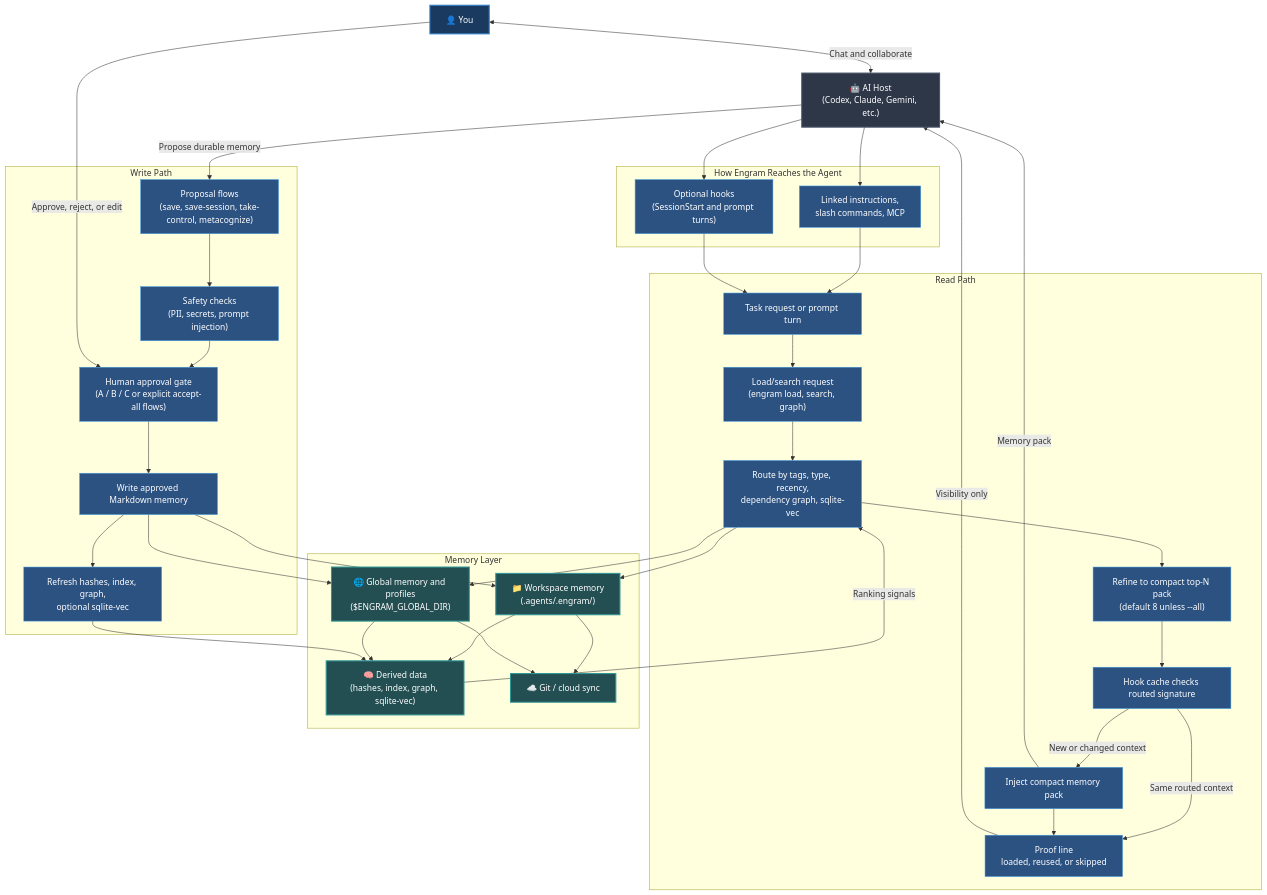
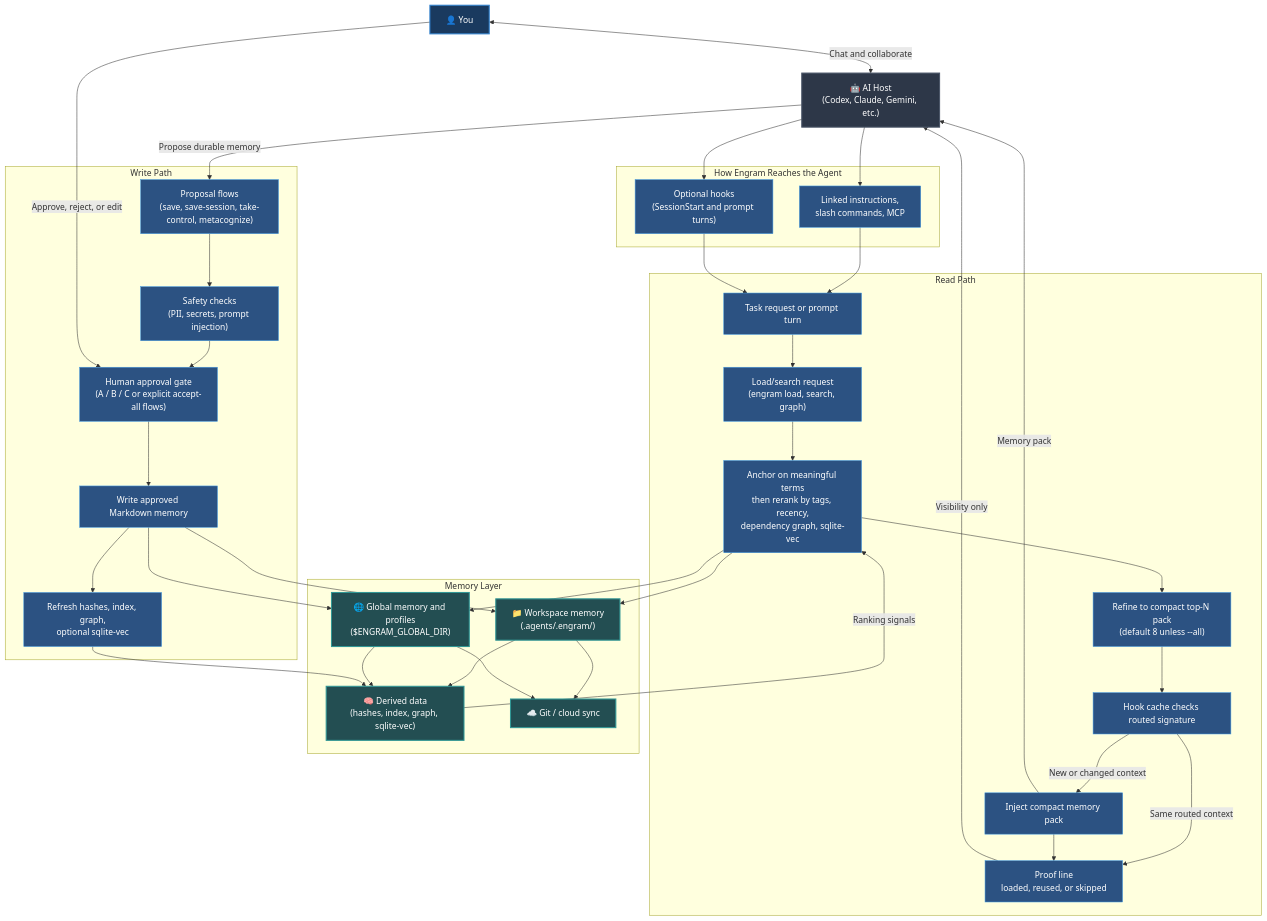
One commit to the-long-ride/engram changed the diagram in README.md. Above: the diagram before and after it, drawn with Mermaid. The commit also changed other lines of this file and 3 other files, not shown here.

````diff
--- a/README.md
+++ b/README.md
@@ -27,71 +27,71 @@
 ```mermaid
 graph TD
     classDef human fill:#1a3a5f,stroke:#3182ce,stroke-width:2px,color:#fff;
     classDef agent fill:#2d3748,stroke:#4a5568,stroke-width:2px,color:#fff;
     classDef storage fill:#234e52,stroke:#319795,stroke-width:2px,color:#fff;
     classDef action fill:#2c5282,stroke:#4299e1,stroke-width:1px,color:#fff;
 
     User["👤 You"]:::human
     AI["🤖 AI Host\n(Codex, Claude, Gemini, etc.)"]:::agent
 
     subgraph Entry ["How Engram Reaches the Agent"]
         Links["Linked instructions,\nslash commands, MCP"]:::action
         Hooks["Optional hooks\n(SessionStart and prompt turns)"]:::action
     end
 
     subgraph Read ["Read Path"]
         Trigger["Task request or prompt turn"]:::action
         Load["Load/search request\n(engram load, search, graph)"]:::action
-        Route["Route by tags, type, recency,\ndependency graph, sqlite-vec"]:::action
+        Route["Anchor on meaningful terms\nthen rerank by tags, recency,\ndependency graph, sqlite-vec"]:::action
         Refine["Refine to compact top-N pack\n(default 8 unless --all)"]:::action
         Cache["Hook cache checks routed signature"]:::action
         Inject["Inject compact memory pack"]:::action
         Proof["Proof line\nloaded, reused, or skipped"]:::action
     end
 
     subgraph Write ["Write Path"]
         Proposal["Proposal flows\n(save, save-session, take-control, metacognize)"]:::action
         Scan["Safety checks\n(PII, secrets, prompt injection)"]:::action
         Review["Human approval gate\n(A / B / C or explicit accept-all flows)"]:::action
         Persist["Write approved Markdown memory"]:::action
         Rebuild["Refresh hashes, index, graph,\noptional sqlite-vec"]:::action
     end
 
     subgraph Memory ["Memory Layer"]
         Workspace["📁 Workspace memory\n(.agents/.engram/)"]:::storage
         Global["🌐 Global memory and profiles\n($ENGRAM_GLOBAL_DIR)"]:::storage
         Derived["🧠 Derived data\n(hashes, index, graph, sqlite-vec)"]:::storage
         Sync["☁️ Git / cloud sync"]:::storage
     end
 
     User <-->|Chat and collaborate| AI
     AI --> Links
     AI --> Hooks
     Links --> Trigger
     Hooks --> Trigger
     Trigger --> Load
     Load --> Route
     Route --> Workspace
     Route --> Global
     Workspace --> Derived
     Global --> Derived
     Derived -->|Ranking signals| Route
     Route --> Refine
     Refine --> Cache
     Cache -->|New or changed context| Inject
     Cache -->|Same routed context| Proof
     Inject -->|Memory pack| AI
     Inject --> Proof
     Proof -->|Visibility only| AI
     AI -->|Propose durable memory| Proposal
     Proposal --> Scan
     Scan --> Review
     User -->|Approve, reject, or edit| Review
     Review --> Persist
     Persist --> Workspace
     Persist --> Global
     Persist --> Rebuild
     Rebuild --> Derived
     Workspace --> Sync
     Global --> Sync
 ```
````
